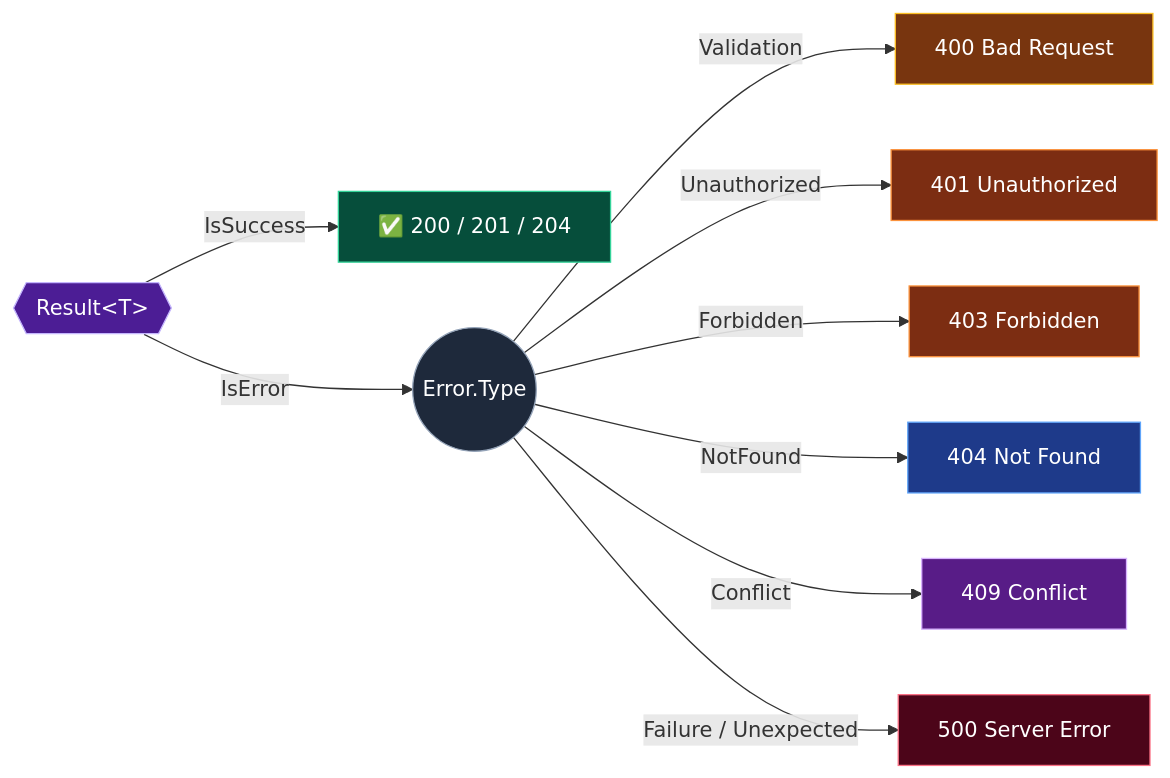
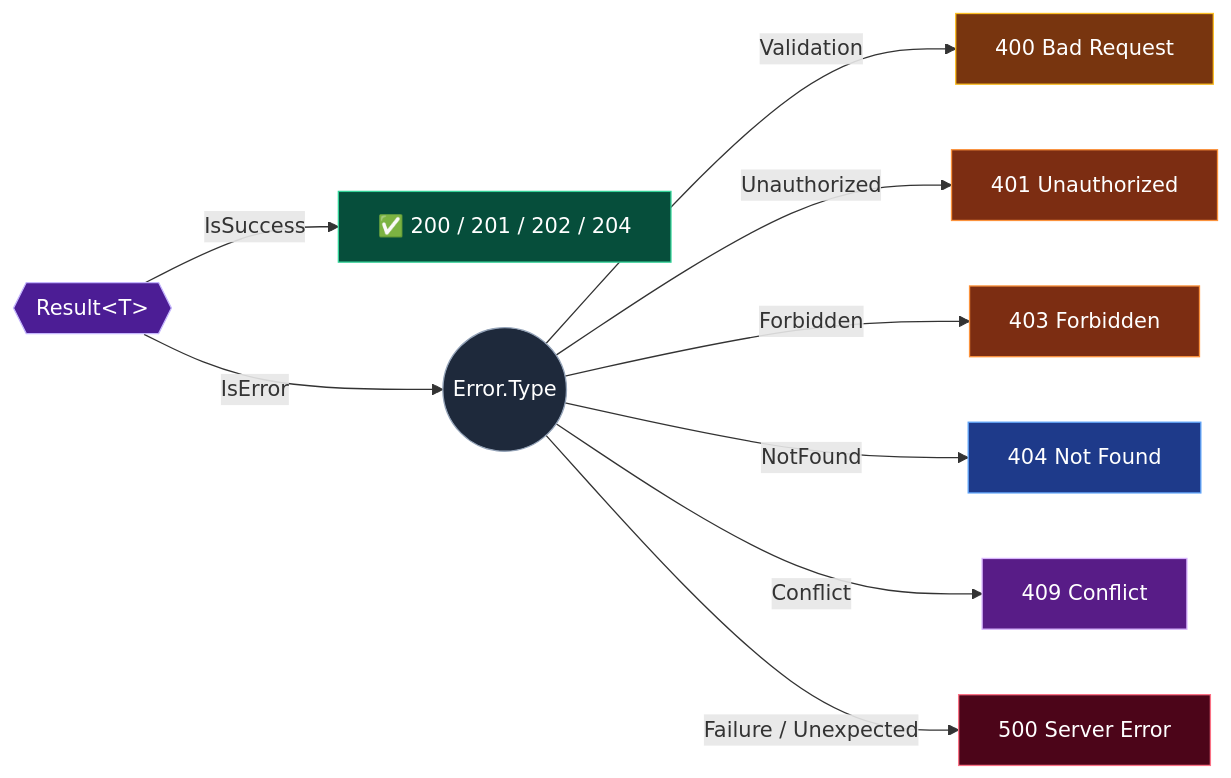
One commit to fat7i-alghareeb/BackEnd_templete changed the fourth of 13 diagrams in docs/SHOWCASE.md. Above: the diagram before and after it, drawn with Mermaid. The commit also changed other lines of this file and 49 other files, not shown here.

````diff
--- a/docs/SHOWCASE.md
+++ b/docs/SHOWCASE.md
@@ -270,21 +271,21 @@
 ```mermaid
 flowchart LR
-    R{{"Result#lt;T#gt;"}} -->|IsSuccess| OK["✅ 200 / 201 / 204"]
+    R{{"Result#lt;T#gt;"}} -->|IsSuccess| OK["✅ 200 / 201 / 202 / 204"]
     R -->|IsError| E(("Error.Type"))
     E -->|Validation| S400["400 Bad Request"]
     E -->|Unauthorized| S401["401 Unauthorized"]
     E -->|Forbidden| S403["403 Forbidden"]
     E -->|NotFound| S404["404 Not Found"]
     E -->|Conflict| S409["409 Conflict"]
     E -->|Failure / Unexpected| S500["500 Server Error"]
 
     style OK fill:#064E3B,stroke:#34D399,color:#fff
     style R fill:#4C1D95,stroke:#C4B5FD,color:#fff
     style E fill:#1E293B,stroke:#94A3B8,color:#fff
     style S400 fill:#78350F,stroke:#FBBF24,color:#fff
     style S401 fill:#7C2D12,stroke:#FB923C,color:#fff
     style S403 fill:#7C2D12,stroke:#FB923C,color:#fff
     style S404 fill:#1E3A8A,stroke:#60A5FA,color:#fff
     style S409 fill:#581C87,stroke:#D8B4FE,color:#fff
     style S500 fill:#4C0519,stroke:#FB7185,color:#fff
 ```
````
